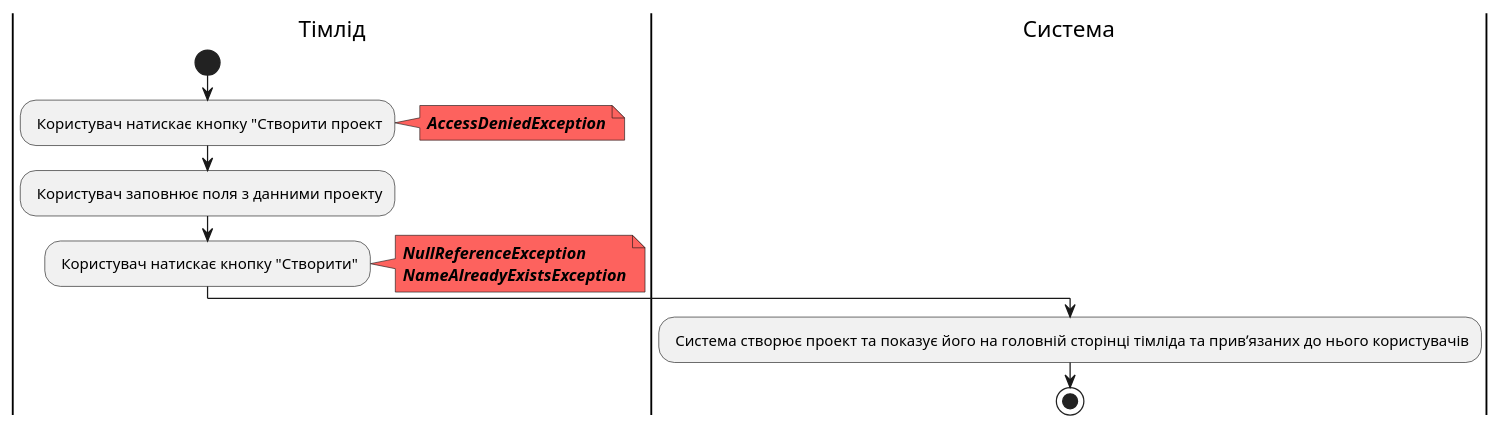
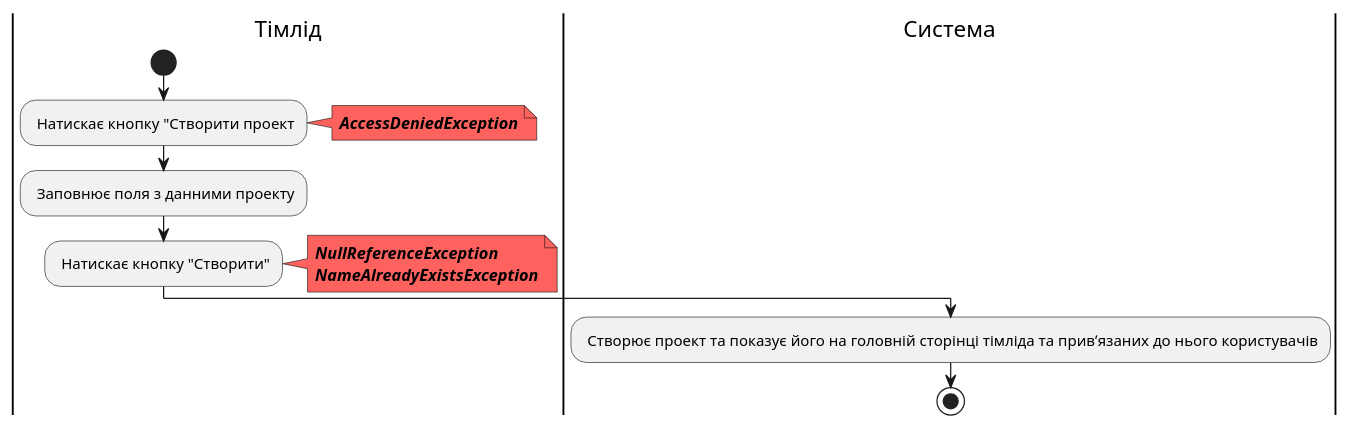
Diagram 11 of 19 in docs/use cases/README.md (edu-db/edu_db_labs), drawn with PlantUML before and after one commit. The commit also changed other lines of this file, not shown here.

```diff
--- a/docs/use cases/README.md
+++ b/docs/use cases/README.md
@@ -259,21 +259,21 @@
 @startuml
 
 |Тімлід|
 start;
-: Користувач натискає кнопку "Створити проект;
+: Натискає кнопку "Створити проект;
 note right #fd625e
 <b><i>AccessDeniedException
 end note
-: Користувач заповнює поля з данними проекту;
-: Користувач натискає кнопку "Створити";
+: Заповнює поля з данними проекту;
+: Натискає кнопку "Створити";
 note right #fd625e
 <b><i>NullReferenceException
 <b><i>NameAlreadyExistsException
 end note
 
 |Система|
- : Система створює проект та показує його на головній сторінці тімліда та привʼязаних до нього користувачів; 
+ : Створює проект та показує його на головній сторінці тімліда та привʼязаних до нього користувачів; 
 
  stop;
 
 @enduml
```
